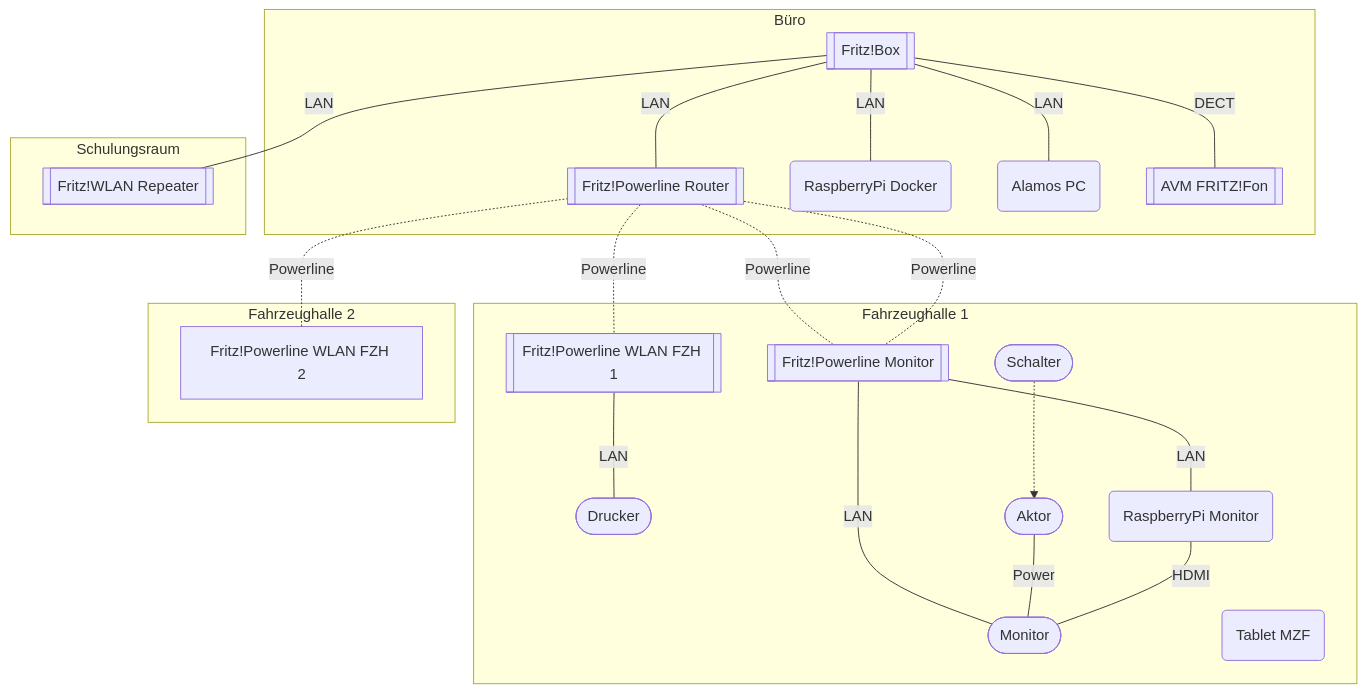
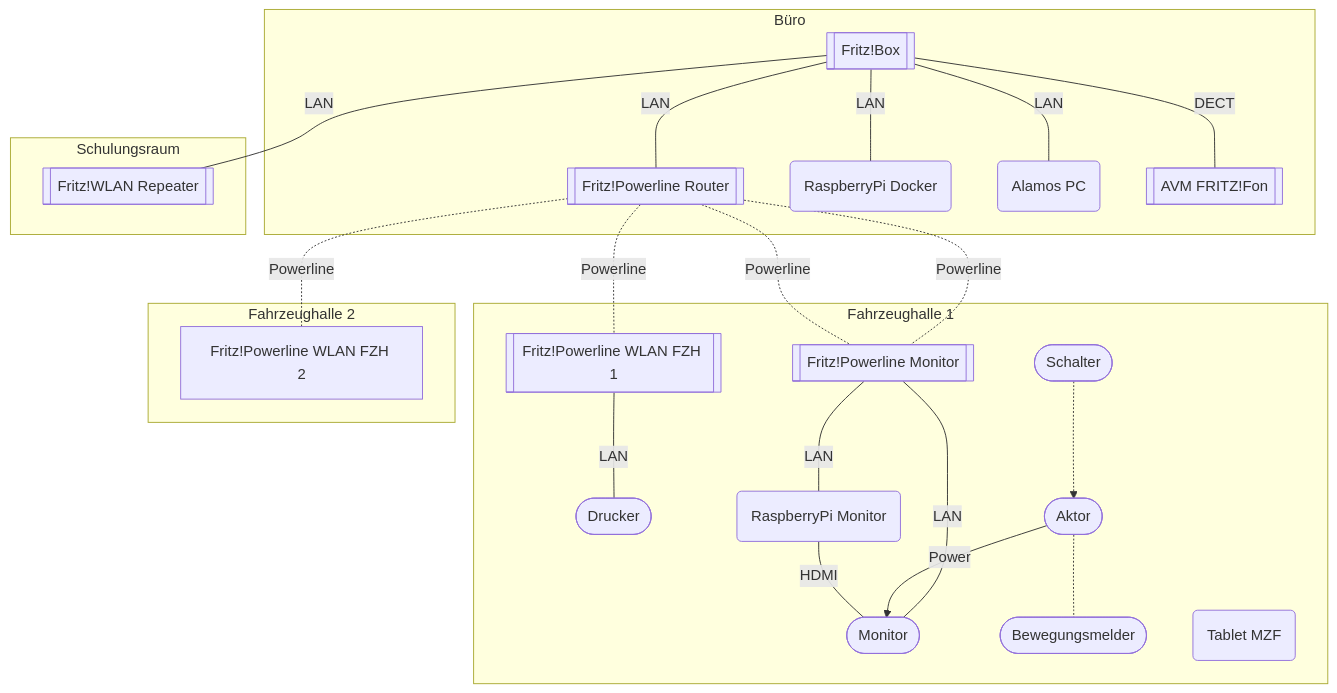
One commit to FFW-Baudenbach/FE2_Documentation changed the diagram in docs/Handyalarmierung/Hardware/Netzwerk.md. Above: the diagram before and after it, drawn with Mermaid. The commit also changed 2 other files, not shown here.

Commit message:
Updated network plan

````diff
--- a/docs/Handyalarmierung/Hardware/Netzwerk.md
+++ b/docs/Handyalarmierung/Hardware/Netzwerk.md
@@ -3,60 +5,57 @@
 ```mermaid
 graph TD
-    
 
-
-
-
-    
     subgraph buero[Büro]
         router[[Fritz!Box]]
         pwl-rt[[Fritz!Powerline Router]]
         rpidoc(RaspberryPi Docker)
         fe2pc(Alamos PC)
         phone[[AVM FRITZ!Fon]]
         
         router---|LAN|pwl-rt
         router---|LAN|rpidoc
         router---|LAN|fe2pc
         router---|DECT|phone
     end
     
     subgraph schulungsraum[Schulungsraum]
         wlanrep[[Fritz!WLAN Repeater]]
         router---|LAN|wlanrep
     end
     
     subgraph fzh1[Fahrzeughalle 1]
         pwl-fzh1[[Fritz!Powerline WLAN FZH 1]]
         pwl-mon[[Fritz!Powerline Monitor]]
         printer([Drucker])
         monitor([Monitor])
         actor([Aktor])
+        motion([Bewegungsmelder])
         plug([Schalter])
         rpimon(RaspberryPi Monitor)
         tablet(Tablet MZF)
 
        %% router---pwl-fzh1
        %% router---pwl-fzh2
        %% router---pwl-mon
 
         pwl-fzh1---|LAN|printer
         
         pwl-mon---|LAN|monitor
         pwl-mon---|LAN|rpimon
         
-        plug-.->actor---|Power|monitor
+        plug-.->actor--Power-->monitor
         rpimon---|HDMI|monitor
+        actor-.-motion
 
     end
     
     subgraph fzh2[Fahrzeughalle 2]
         pwl-fzh2[Fritz!Powerline WLAN FZH 2]
     end
     
     pwl-rt-.-|Powerline|pwl-mon
     pwl-rt-.-|Powerline|pwl-fzh1
     pwl-rt-.-|Powerline|pwl-fzh2
     pwl-rt-.-|Powerline|pwl-mon
     
 ```
````
